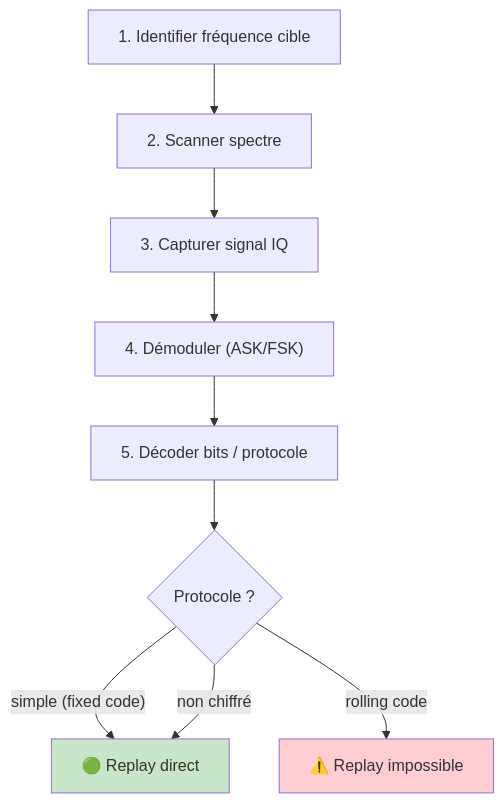
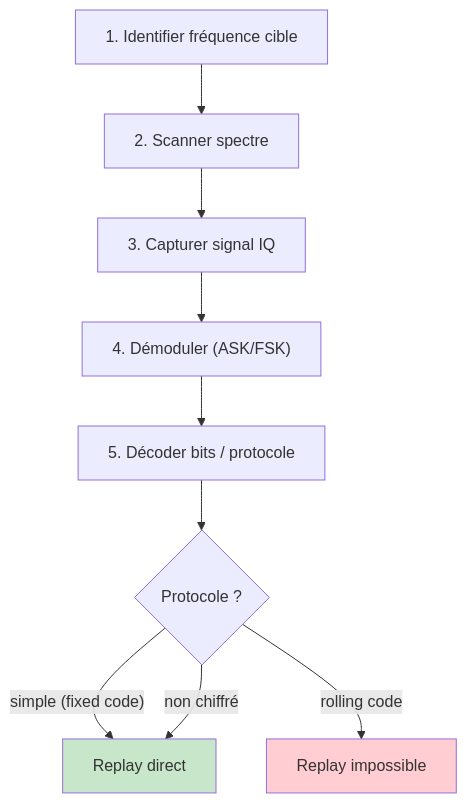
The fourth of 6 diagrams in public/offsidian/vault/Cybersécurité Offensive/Techniques/Hardware - SDR.md (F0X-hack/foxhack.fr), drawn with Mermaid before and after one commit. The commit also changed other lines of this file and 369 other files, not shown here.

````diff
--- a/public/offsidian/vault/Cybersécurité Offensive/Techniques/Hardware - SDR.md
+++ b/public/offsidian/vault/Cybersécurité Offensive/Techniques/Hardware - SDR.md
@@ -334,13 +334,13 @@
 ```mermaid
 flowchart TB
     A["1. Identifier fréquence cible"] --> B["2. Scanner spectre"]
     B --> C["3. Capturer signal IQ"]
     C --> D["4. Démoduler (ASK/FSK)"]
     D --> E["5. Décoder bits / protocole"]
     E --> F{"Protocole ?"}
-    F -->|"simple (fixed code)"| G["🟢 Replay direct"]
-    F -->|"rolling code"| H["⚠️ Replay impossible"]
+    F -->|"simple (fixed code)"| G["Replay direct"]
+    F -->|"rolling code"| H["Replay impossible"]
     F -->|"non chiffré"| G
     style G fill:#c8e6c9
     style H fill:#ffcdd2
 ```
````
